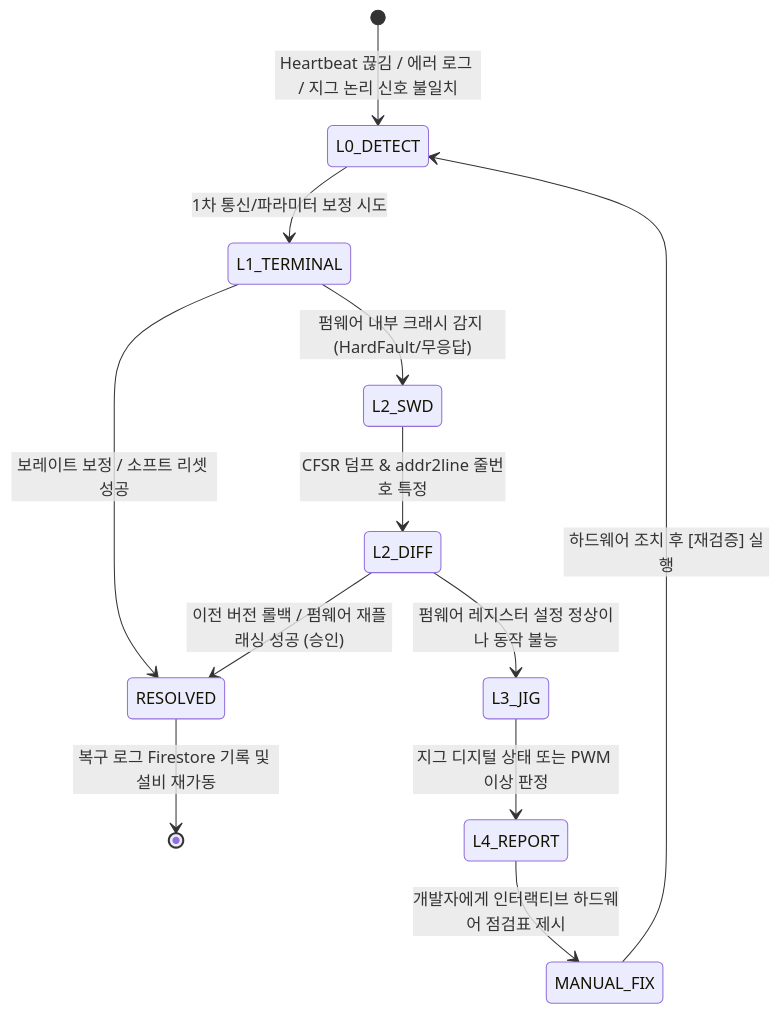
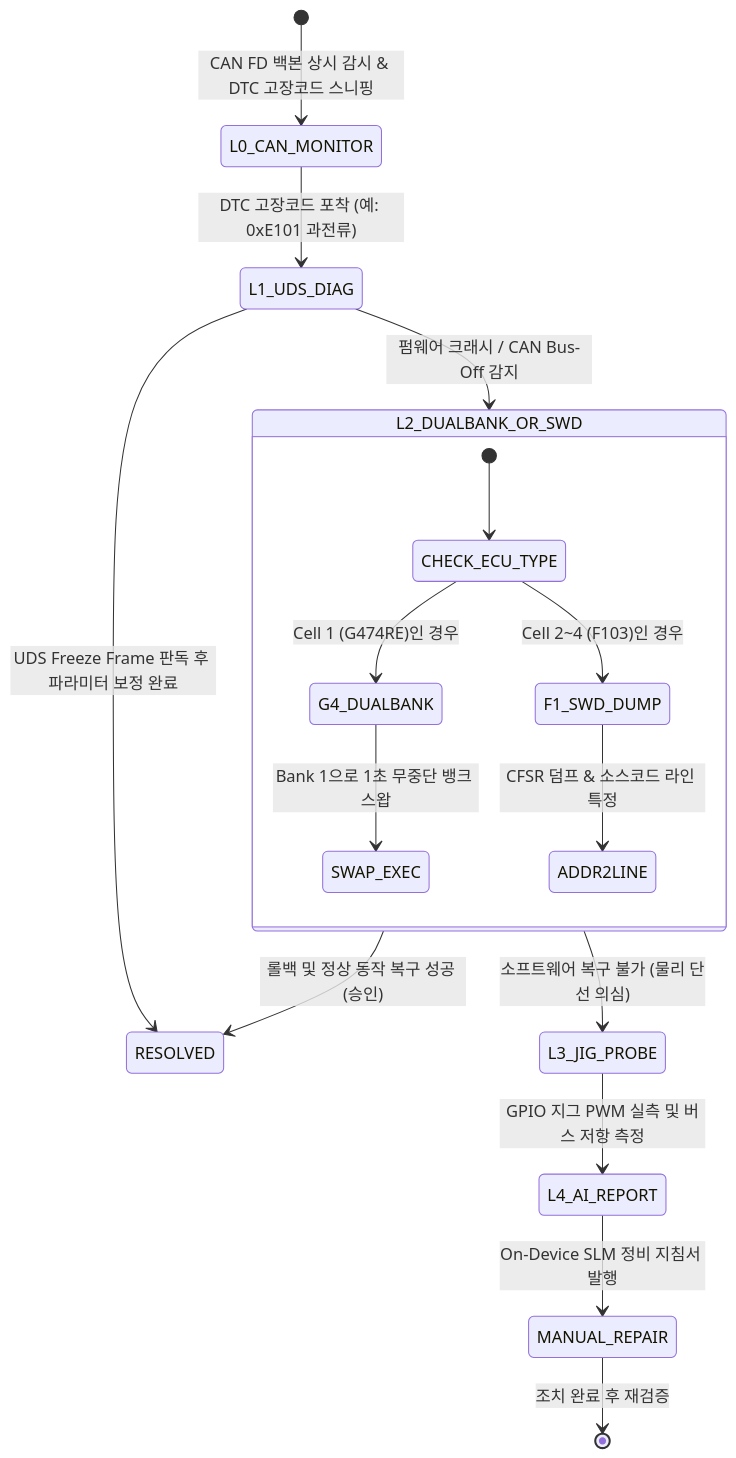
One commit to ssafy16-embbedded21-team1-2/ssafy_embedded_pjt_setup changed the second of 2 diagrams in docs/설계_장비별기능_및_AgentTool인터페이스.md. Above: the diagram before and after it, drawn with Mermaid. The commit also changed other lines of this file and 2 other files, not shown here.

Commit message:
Upgrade Equipment Specs and Agent Tool Interface to v3.0: Add G474RE DCU and tool_can.py

````diff
--- a/docs/설계_장비별기능_및_AgentTool인터페이스.md
+++ b/docs/설계_장비별기능_및_AgentTool인터페이스.md
@@ -207,19 +160,24 @@
 ```mermaid
 stateDiagram-v2
-    [*] --> L0_DETECT: Heartbeat 끊김 / 에러 로그 / 지그 논리 신호 불일치
+    [*] --> L0_CAN_MONITOR: CAN FD 백본 상시 감시 & DTC 고장코드 스니핑
 
-    L0_DETECT --> L1_TERMINAL: 1차 통신/파라미터 보정 시도
-    L1_TERMINAL --> RESOLVED: 보레이트 보정 / 소프트 리셋 성공
+    L0_CAN_MONITOR --> L1_UDS_DIAG: DTC 고장코드 포착 (예: 0xE101 과전류)
+    L1_UDS_DIAG --> RESOLVED: UDS Freeze Frame 판독 후 파라미터 보정 완료
 
-    L1_TERMINAL --> L2_SWD: 펌웨어 내부 크래시 감지 (HardFault/무응답)
-    L2_SWD --> L2_DIFF: CFSR 덤프 & addr2line 줄번호 특정
-    L2_DIFF --> RESOLVED: 이전 버전 롤백 / 펌웨어 재플래싱 성공 (승인)
+    L1_UDS_DIAG --> L2_DUALBANK_OR_SWD: 펌웨어 크래시 / CAN Bus-Off 감지
+    
+    state L2_DUALBANK_OR_SWD {
+        [*] --> CHECK_ECU_TYPE
+        CHECK_ECU_TYPE --> G4_DUALBANK: Cell 1 (G474RE)인 경우
+        CHECK_ECU_TYPE --> F1_SWD_DUMP: Cell 2~4 (F103)인 경우
+        G4_DUALBANK --> SWAP_EXEC: Bank 1으로 1초 무중단 뱅크 스왑
+        F1_SWD_DUMP --> ADDR2LINE: CFSR 덤프 & 소스코드 라인 특정
+    }
 
-    L2_DIFF --> L3_JIG: 펌웨어 레지스터 설정 정상이나 동작 불능
-    L3_JIG --> L4_REPORT: 지그 디지털 상태 또는 PWM 이상 판정
+    L2_DUALBANK_OR_SWD --> RESOLVED: 롤백 및 정상 동작 복구 성공 (승인)
+    L2_DUALBANK_OR_SWD --> L3_JIG_PROBE: 소프트웨어 복구 불가 (물리 단선 의심)
 
-    L4_REPORT --> MANUAL_FIX: 개발자에게 인터랙티브 하드웨어 점검표 제시
-    MANUAL_FIX --> L0_DETECT: 하드웨어 조치 후 [재검증] 실행
-
-    RESOLVED --> [*]: 복구 로그 Firestore 기록 및 설비 재가동
+    L3_JIG_PROBE --> L4_AI_REPORT: GPIO 지그 PWM 실측 및 버스 저항 측정
+    L4_AI_REPORT --> MANUAL_REPAIR: On-Device SLM 정비 지침서 발행
+    MANUAL_REPAIR --> [*]: 조치 완료 후 재검증
 ```
````
